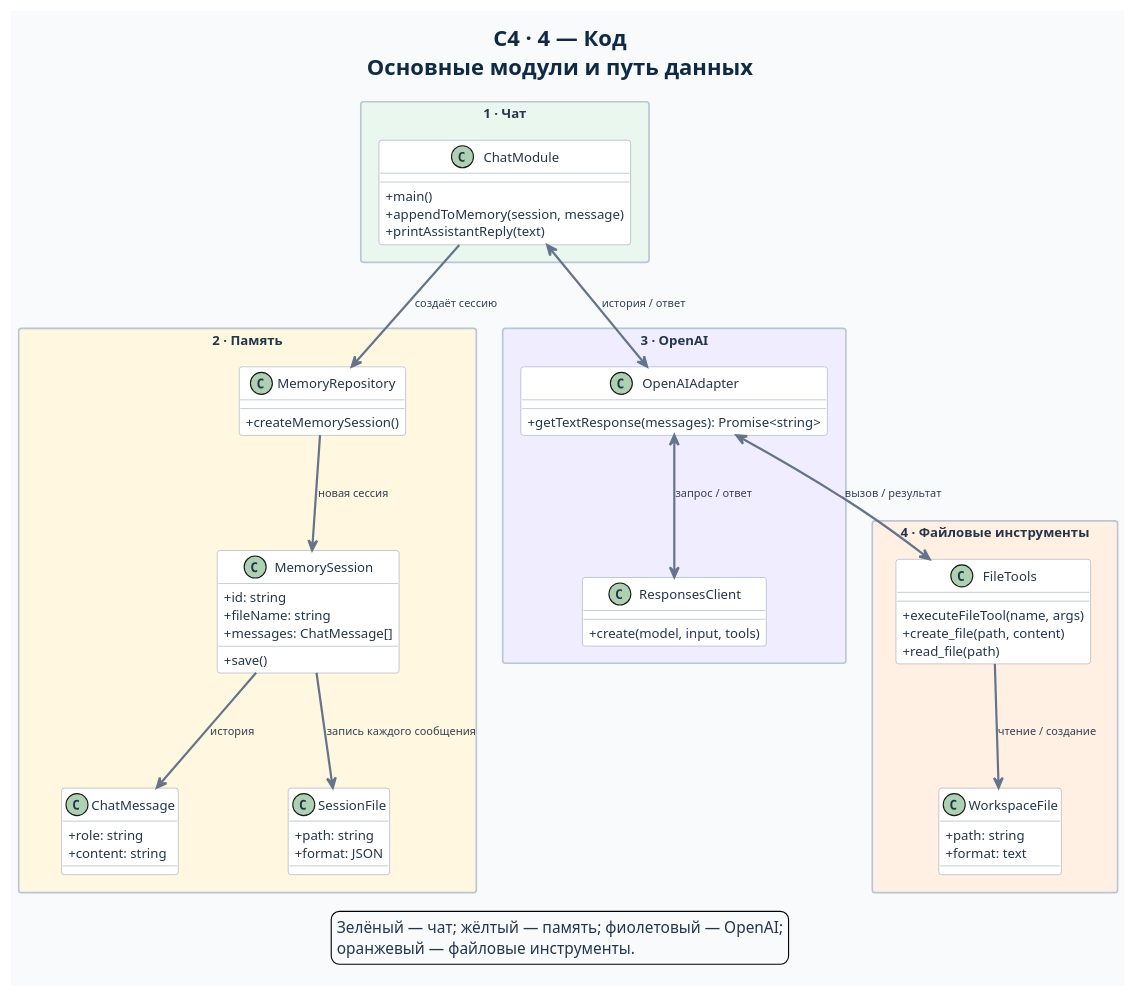
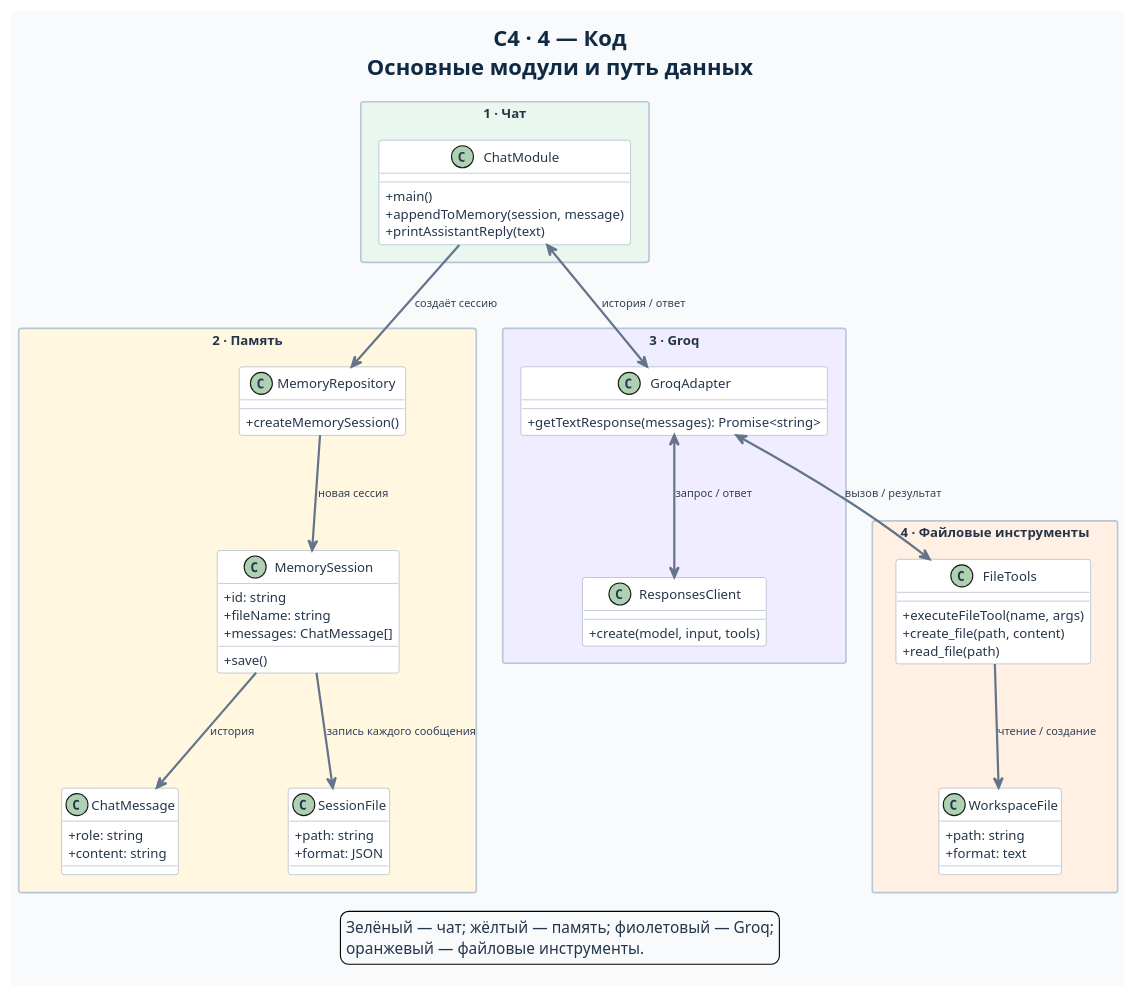
Before and after one commit to Dima163163/tg-bot: the diagram in 03-codex-killer/docs/diagrams/c4-code.puml, drawn with PlantUML. The commit also changed 9 other files, not shown here.

```diff
--- a/03-codex-killer/docs/diagrams/c4-code.puml
+++ b/03-codex-killer/docs/diagrams/c4-code.puml
@@ -1,89 +1,89 @@
 @startuml
 title C4 · 4 — Код\nОсновные модули и путь данных
 top to bottom direction
 skinparam classAttributeIconSize 0
 skinparam backgroundColor #F8FAFC
 skinparam shadowing false
 skinparam defaultFontName Arial
 skinparam defaultFontSize 12
 skinparam defaultFontColor #24364B
 skinparam titleFontSize 20
 skinparam titleFontStyle bold
 skinparam titleFontColor #102A43
 skinparam ArrowColor #64748B
 skinparam ArrowThickness 2
 skinparam ArrowFontColor #334155
 skinparam ArrowFontSize 10
 skinparam packageStyle rectangle
 skinparam nodesep 100
 skinparam ranksep 90
 skinparam classBackgroundColor #FFFFFF
 skinparam classBorderColor #94A3B8
 skinparam package {
   BorderColor #B8C6D6
   FontColor #24364B
 }
 
 package "1 · Чат" #EAF7EF {
   class ChatModule {
     +main()
     +appendToMemory(session, message)
     +printAssistantReply(text)
   }
 }
 
 package "2 · Память" #FFF7DF {
   class MemoryRepository {
     +createMemorySession()
   }
   class MemorySession {
     +id: string
     +fileName: string
     +messages: ChatMessage[]
     +save()
   }
   class ChatMessage {
     +role: string
     +content: string
   }
   class SessionFile {
     +path: string
     +format: JSON
   }
 }
 
-package "3 · OpenAI" #EFEDFF {
-  class OpenAIAdapter {
+package "3 · Groq" #EFEDFF {
+  class GroqAdapter {
     +getTextResponse(messages): Promise<string>
   }
   class ResponsesClient {
     +create(model, input, tools)
   }
 }
 
 package "4 · Файловые инструменты" #FFF0E3 {
   class FileTools {
     +executeFileTool(name, args)
     +create_file(path, content)
     +read_file(path)
   }
   class WorkspaceFile {
     +path: string
     +format: text
   }
 }
 
 ChatModule --> MemoryRepository : создаёт сессию
 MemoryRepository --> MemorySession : новая сессия
 MemorySession --> ChatMessage : история
 MemorySession --> SessionFile : запись каждого сообщения
-ChatModule <--> OpenAIAdapter : история / ответ
-OpenAIAdapter <--> ResponsesClient : запрос / ответ
-OpenAIAdapter <--> FileTools : вызов / результат
+ChatModule <--> GroqAdapter : история / ответ
+GroqAdapter <--> ResponsesClient : запрос / ответ
+GroqAdapter <--> FileTools : вызов / результат
 FileTools --> WorkspaceFile : чтение / создание
 
 legend bottom
-  Зелёный — чат; жёлтый — память; фиолетовый — OpenAI;
+  Зелёный — чат; жёлтый — память; фиолетовый — Groq;
   оранжевый — файловые инструменты.
 endlegend
 @enduml
```
